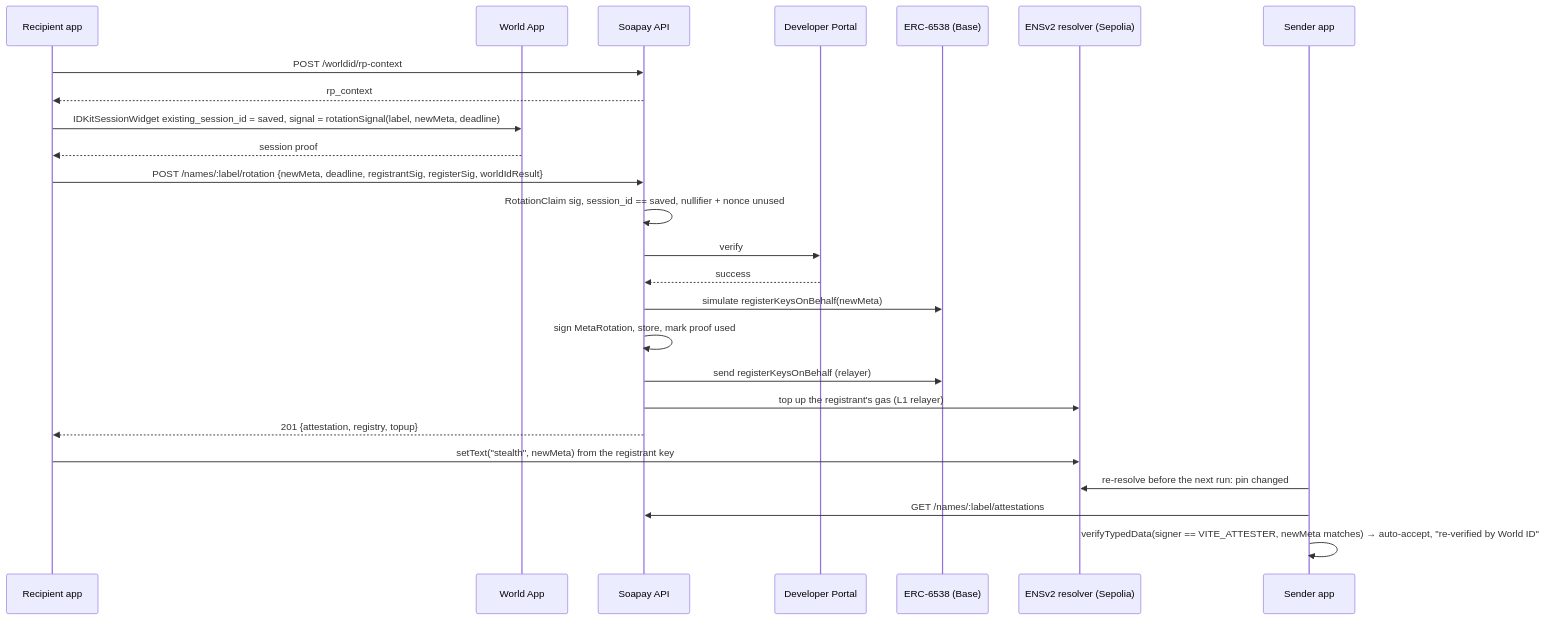
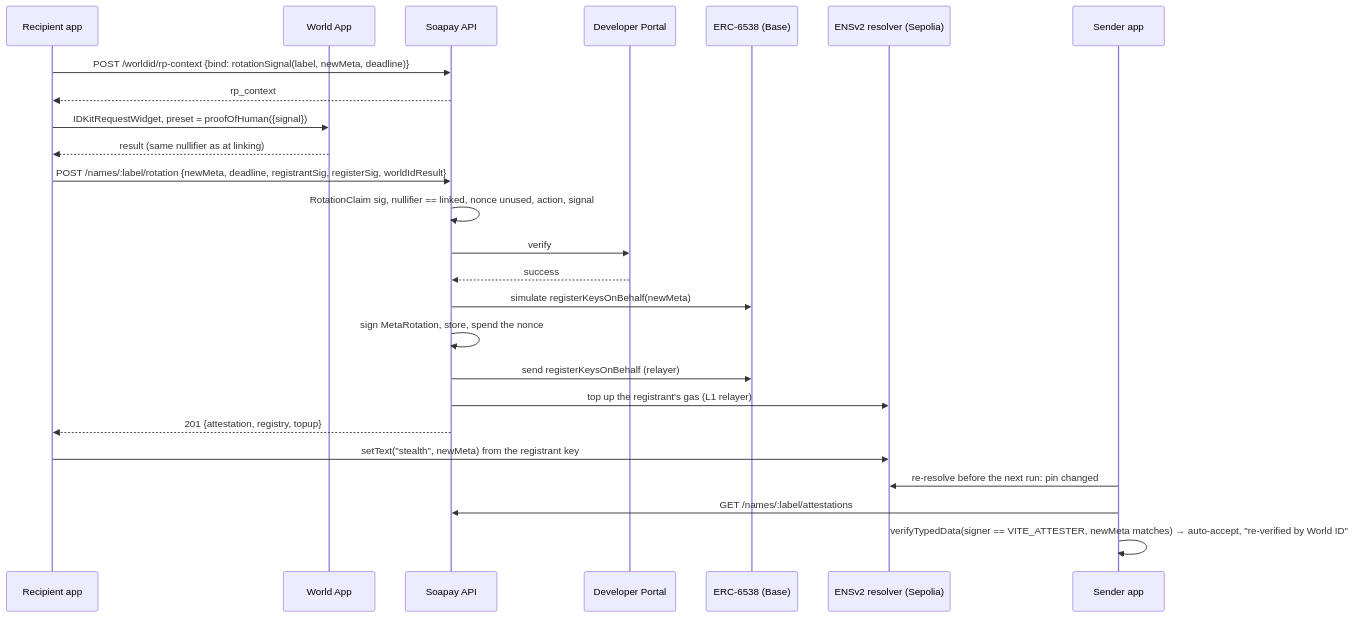
One commit to easonchai/soapay changed the second of 3 diagrams in docs/worldid.md. Above: the diagram before and after it, drawn with Mermaid. The commit also changed other lines of this file and 6 other files, not shown here.

First line of the commit message:
Docs: World ID recovery by nullifier (D-58), debrief friction, architecture, spec and bounty notes

````diff
--- a/docs/worldid.md
+++ b/docs/worldid.md
@@ -77,27 +89,27 @@
 ```mermaid
 sequenceDiagram
   participant R as Recipient app
   participant W as World App
   participant A as Soapay API
   participant P as Developer Portal
   participant B as ERC-6538 (Base)
   participant E as ENSv2 resolver (Sepolia)
   participant S as Sender app
-  R->>A: POST /worldid/rp-context
+  R->>A: POST /worldid/rp-context {bind: rotationSignal(label, newMeta, deadline)}
   A-->>R: rp_context
-  R->>W: IDKitSessionWidget existing_session_id = saved, signal = rotationSignal(label, newMeta, deadline)
-  W-->>R: session proof
+  R->>W: IDKitRequestWidget, preset = proofOfHuman({signal})
+  W-->>R: result (same nullifier as at linking)
   R->>A: POST /names/:label/rotation {newMeta, deadline, registrantSig, registerSig, worldIdResult}
-  A->>A: RotationClaim sig, session_id == saved, nullifier + nonce unused
+  A->>A: RotationClaim sig, nullifier == linked, nonce unused, action, signal
   A->>P: verify
   P-->>A: success
   A->>B: simulate registerKeysOnBehalf(newMeta)
-  A->>A: sign MetaRotation, store, mark proof used
+  A->>A: sign MetaRotation, store, spend the nonce
   A->>B: send registerKeysOnBehalf (relayer)
   A->>E: top up the registrant's gas (L1 relayer)
   A-->>R: 201 {attestation, registry, topup}
   R->>E: setText("stealth", newMeta) from the registrant key
   S->>E: re-resolve before the next run: pin changed
   S->>A: GET /names/:label/attestations
   S->>S: verifyTypedData(signer == VITE_ATTESTER, newMeta matches) → auto-accept, "re-verified by World ID"
 ```
````
